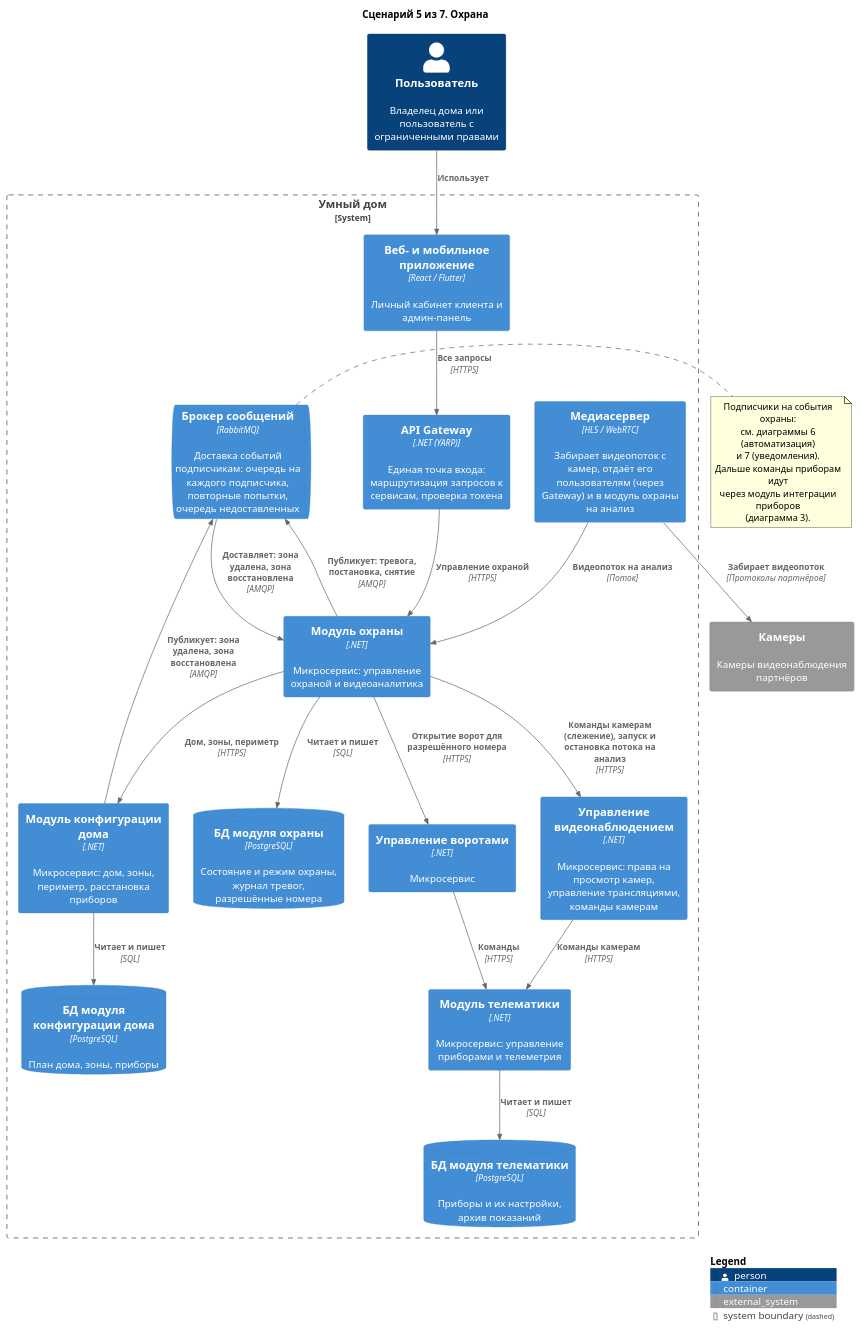
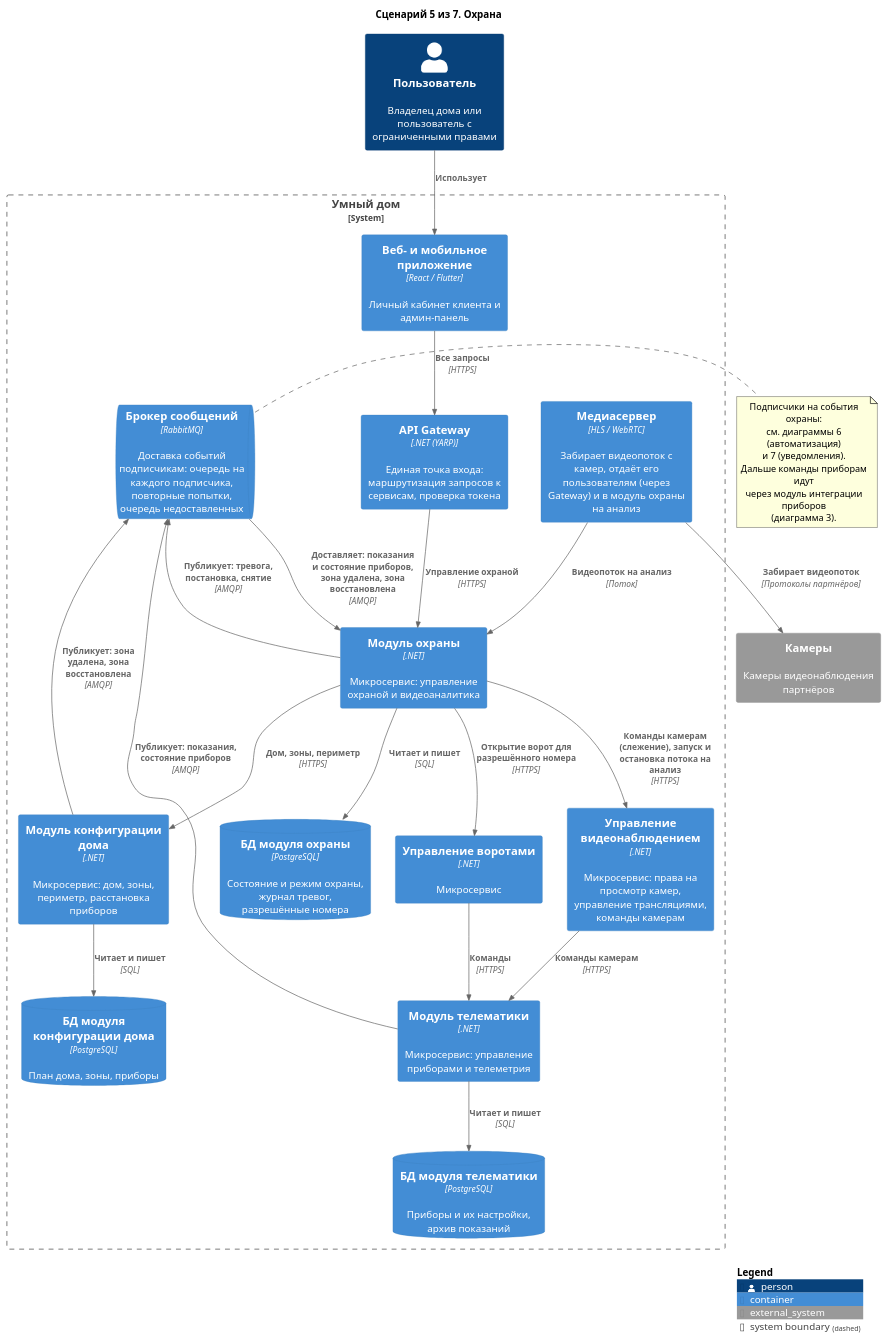
The diagram in diagrams/containers-scenarios/05-security.puml (Lyamin-av/architecture-warmhouse), drawn with PlantUML before and after one commit. The commit also changed 6 other files, not shown here.

Commit message:
C4: компоненты модуля охраны; охрана подписана на показания приборов, допуск только без охраны

```diff
--- a/diagrams/containers-scenarios/05-security.puml
+++ b/diagrams/containers-scenarios/05-security.puml
@@ -1,53 +1,54 @@
 @startuml 05-security
 !include <C4/C4_Container>
 
 title Сценарий 5 из 7. Охрана
 
 Person(user, "Пользователь", "Владелец дома или пользователь с ограниченными правами")
 
 System_Boundary(Warmhouse, "Умный дом") {
     Container(apps, "Веб- и мобильное приложение", "React / Flutter", "Личный кабинет клиента и админ-панель")
     Container(Gateway, "API Gateway", ".NET (YARP)", "Единая точка входа: маршрутизация запросов к сервисам, проверка токена")
     Container(Security, "Модуль охраны", ".NET", "Микросервис: управление охраной и видеоаналитика")
     Container(VideoControl, "Управление видеонаблюдением", ".NET", "Микросервис: права на просмотр камер, управление трансляциями, команды камерам")
     Container(MediaServer, "Медиасервер", "HLS / WebRTC", "Забирает видеопоток с камер, отдаёт его пользователям (через Gateway) и в модуль охраны на анализ")
     Container(GateControl, "Управление воротами", ".NET", "Микросервис")
     Container(HouseConfigurator, "Модуль конфигурации дома", ".NET", "Микросервис: дом, зоны, периметр, расстановка приборов")
     Container(Telematics, "Модуль телематики", ".NET", "Микросервис: управление приборами и телеметрия")
     ContainerQueue(Broker, "Брокер сообщений", "RabbitMQ", "Доставка событий подписчикам: очередь на каждого подписчика, повторные попытки, очередь недоставленных")
     ContainerDb(dbSecurity, "БД модуля охраны", "PostgreSQL", "Состояние и режим охраны, журнал тревог, разрешённые номера")
     ContainerDb(dbTelematics, "БД модуля телематики", "PostgreSQL", "Приборы и их настройки, архив показаний")
     ContainerDb(dbHC, "БД модуля конфигурации дома", "PostgreSQL", "План дома, зоны, приборы")
 }
 
 System_Ext(cameras, "Камеры", "Камеры видеонаблюдения партнёров")
 
 Rel(user, apps, "Использует")
 Rel(apps, Gateway, "Все запросы", "HTTPS")
 Rel(Gateway, Security, "Управление охраной", "HTTPS")
 Rel(Security, HouseConfigurator, "Дом, зоны, периметр", "HTTPS")
 Rel(MediaServer, cameras, "Забирает видеопоток", "Протоколы партнёров")
 Rel(MediaServer, Security, "Видеопоток на анализ", "Поток")
 Rel(Security, VideoControl, "Команды камерам (слежение), запуск и остановка потока на анализ", "HTTPS")
 Rel(VideoControl, Telematics, "Команды камерам", "HTTPS")
 Rel(Security, GateControl, "Открытие ворот для разрешённого номера", "HTTPS")
 Rel(GateControl, Telematics, "Команды", "HTTPS")
 Rel(Security, Broker, "Публикует: тревога, постановка, снятие", "AMQP")
 
 note right of Broker
   Подписчики на события охраны:
   см. диаграммы 6 (автоматизация)
   и 7 (уведомления).
   Дальше команды приборам идут
   через модуль интеграции приборов
   (диаграмма 3).
 end note
 
 Rel(Security, dbSecurity, "Читает и пишет", "SQL")
 Rel(Telematics, dbTelematics, "Читает и пишет", "SQL")
 Rel(HouseConfigurator, dbHC, "Читает и пишет", "SQL")
 Rel(HouseConfigurator, Broker, "Публикует: зона удалена, зона восстановлена", "AMQP")
-Rel(Broker, Security, "Доставляет: зона удалена, зона восстановлена", "AMQP")
+Rel(Broker, Security, "Доставляет: показания и состояние приборов, зона удалена, зона восстановлена", "AMQP")
+Rel(Telematics, Broker, "Публикует: показания, состояние приборов", "AMQP")
 
 SHOW_LEGEND()
 @enduml
```
